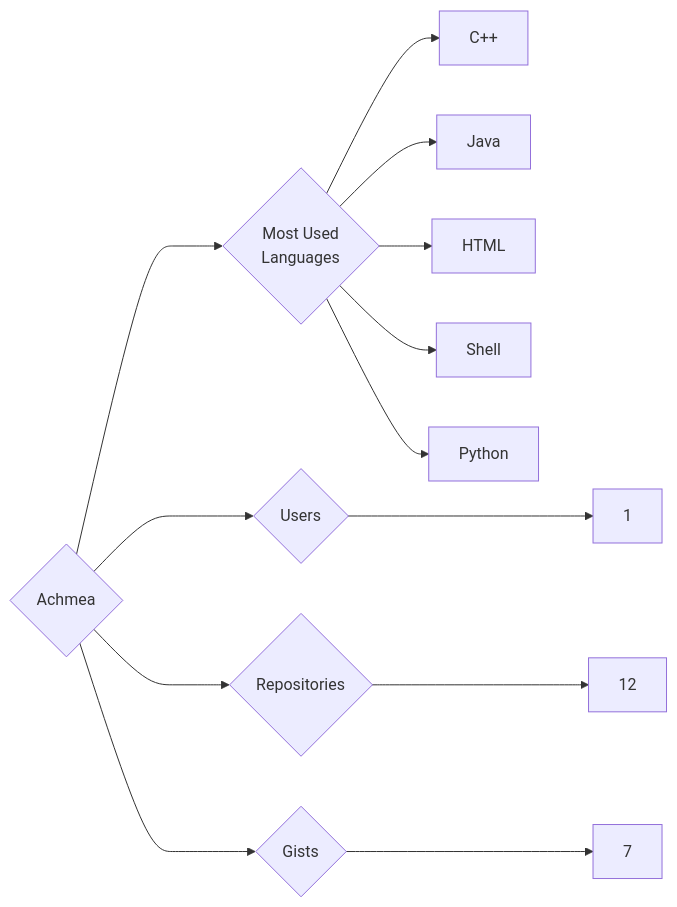
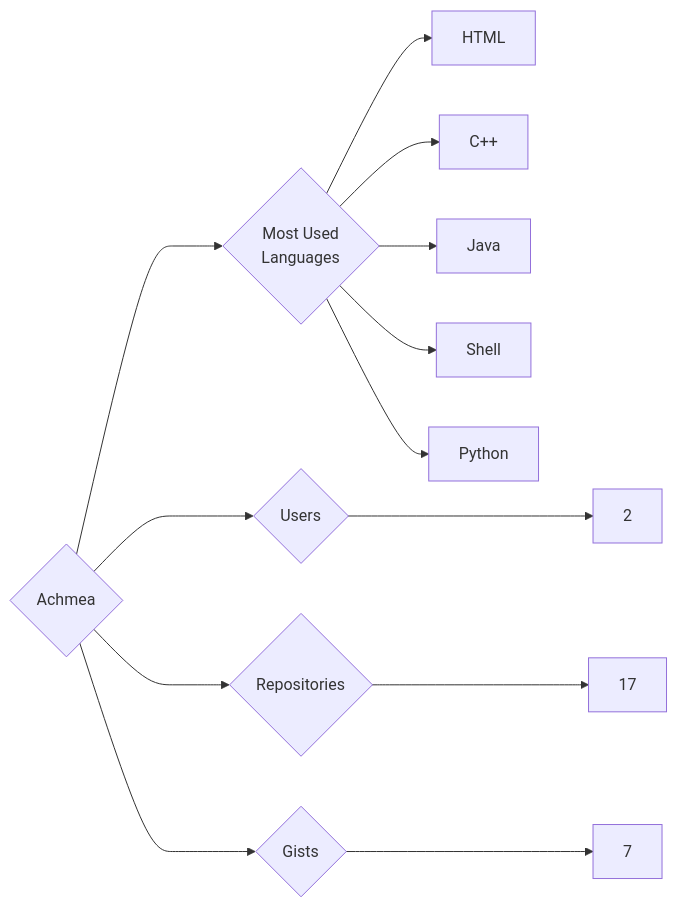
The diagram in targets/Achmea/README.md (trickest/insiders), drawn with Mermaid before and after one commit. The commit also changed 1007 other files, not shown here.

````diff
--- a/targets/Achmea/README.md
+++ b/targets/Achmea/README.md
@@ -3,13 +3,13 @@
 ```mermaid
 graph LR
 COMPANY_NAME{Achmea}
-COMPANY_NAME ---> U{Users} ---> UN[1]
-COMPANY_NAME ---> R{Repositories} ---> RN[12]
+COMPANY_NAME ---> U{Users} ---> UN[2]
+COMPANY_NAME ---> R{Repositories} ---> RN[17]
 COMPANY_NAME ---> G{Gists} ---> GN[7]
 COMPANY_NAME ---> ML{Most Used<br>Languages}
+ML --> HTML[HTML]
 ML --> C++[C++]
 ML --> Java[Java]
-ML --> HTML[HTML]
 ML --> Shell[Shell]
 ML --> Python[Python]
 ```
````
